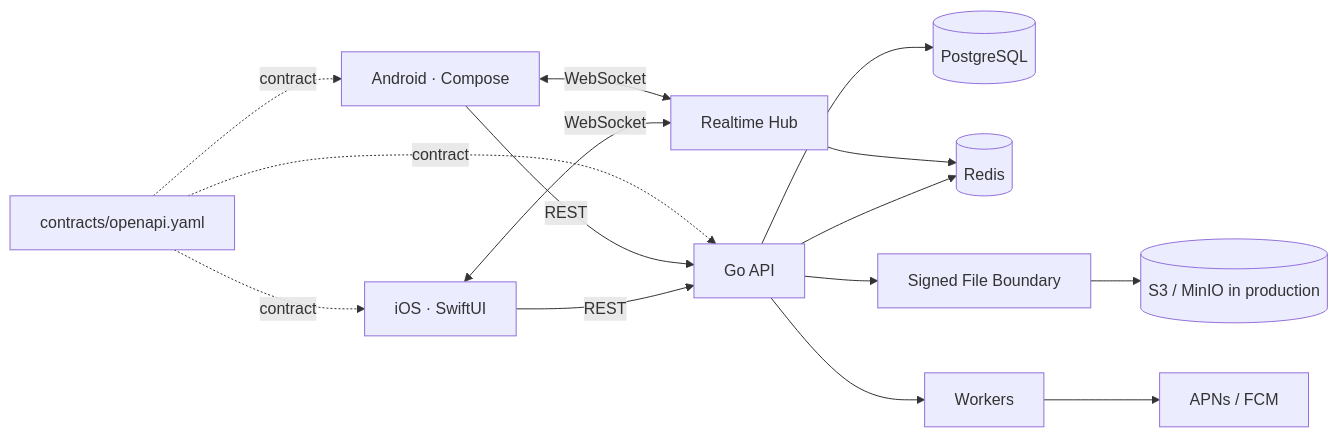
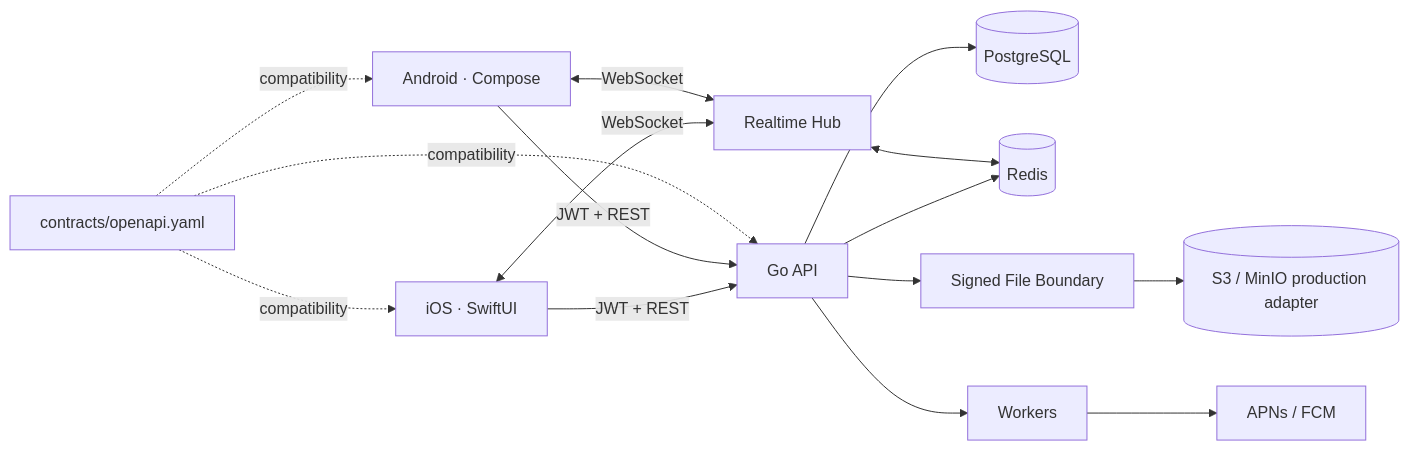
Before and after one commit to armaabetancourtt/pixelgo: the diagram in README.md, drawn with Mermaid. The commit also changed other lines of this file, not shown here.

Commit message:
docs: update README for authenticated distributed architecture

````diff
--- a/README.md
+++ b/README.md
@@ -131,19 +187,20 @@
 ```mermaid
 flowchart LR
-    I[iOS · SwiftUI] -->|REST| API[Go API]
-    A[Android · Compose] -->|REST| API
+    I[iOS · SwiftUI] -->|JWT + REST| API[Go API]
+    A[Android · Compose] -->|JWT + REST| API
+
     I <--> |WebSocket| RT[Realtime Hub]
     A <--> |WebSocket| RT
 
     API --> PG[(PostgreSQL)]
     API --> R[(Redis)]
     API --> FS[Signed File Boundary]
-    FS --> O[(S3 / MinIO in production)]
+    FS --> O[(S3 / MinIO production adapter)]
     API --> W[Workers]
     W --> P[APNs / FCM]
-    RT --> R
+    RT <--> R
 
-    C[contracts/openapi.yaml] -. contract .-> I
-    C -. contract .-> A
-    C -. contract .-> API
+    C[contracts/openapi.yaml] -. compatibility .-> I
+    C -. compatibility .-> A
+    C -. compatibility .-> API
 ```
````
